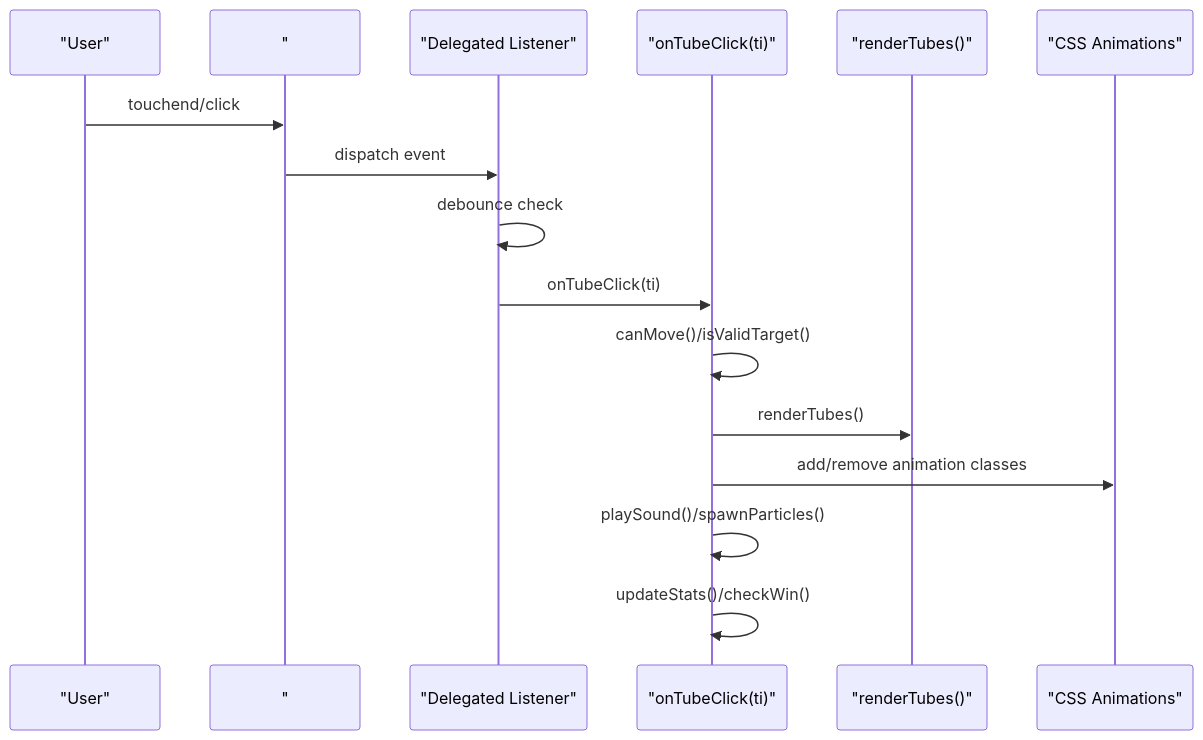
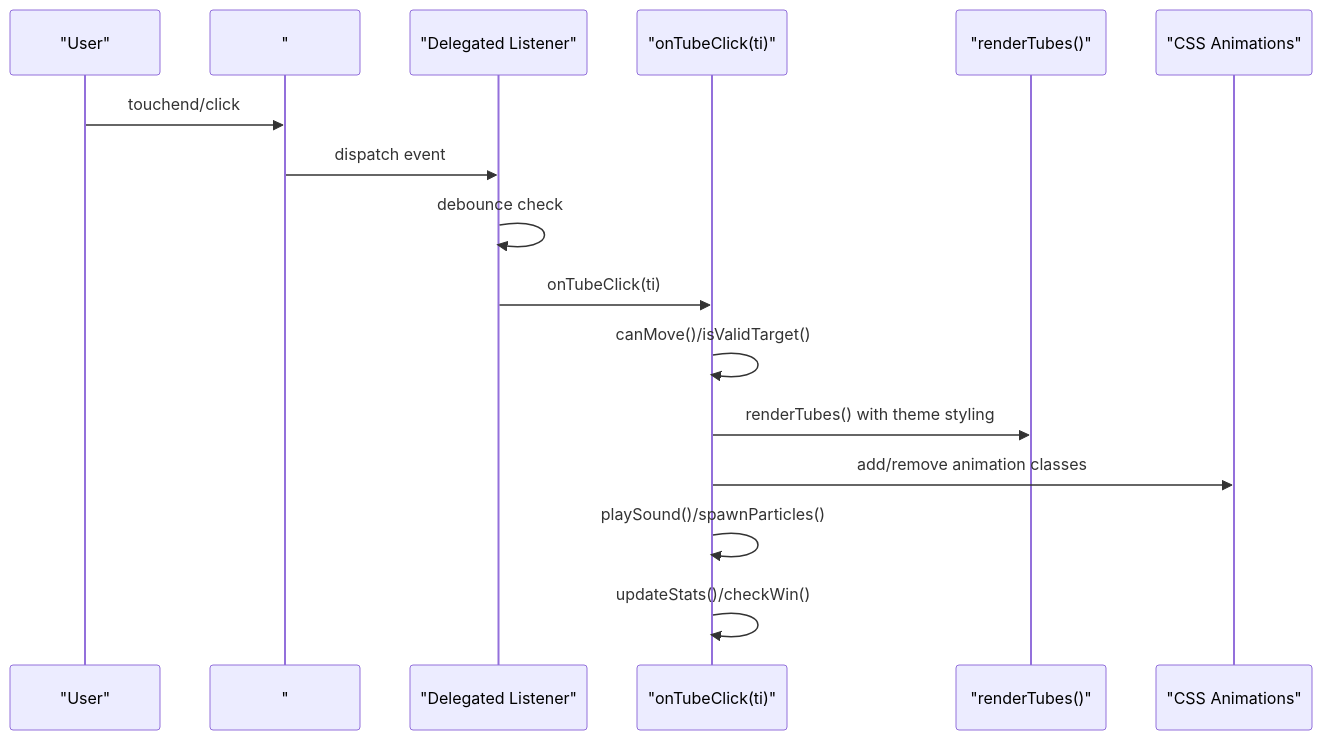
Before and after one commit to chetanck03/games: the fourth of 7 diagrams in .qoder/repowiki/en/content/Game Engine & Logic/Rendering & UI System.md, drawn with Mermaid. The commit also changed other lines of this file and 3 other files, not shown here.

````diff
--- a/.qoder/repowiki/en/content/Game Engine & Logic/Rendering & UI System.md
+++ b/.qoder/repowiki/en/content/Game Engine & Logic/Rendering & UI System.md
@@ -179,18 +203,18 @@
 ```mermaid
 sequenceDiagram
 participant User as "User"
 participant Area as "#tubeArea"
 participant DL as "Delegated Listener"
 participant GL as "onTubeClick(ti)"
 participant UI as "renderTubes()"
 participant FX as "CSS Animations"
 User->>Area : touchend/click
 Area->>DL : dispatch event
 DL->>DL : debounce check
 DL->>GL : onTubeClick(ti)
 GL->>GL : canMove()/isValidTarget()
-GL->>UI : renderTubes()
+GL->>UI : renderTubes() with theme styling
 GL->>FX : add/remove animation classes
 GL->>GL : playSound()/spawnParticles()
 GL->>GL : updateStats()/checkWin()
 ```
````
